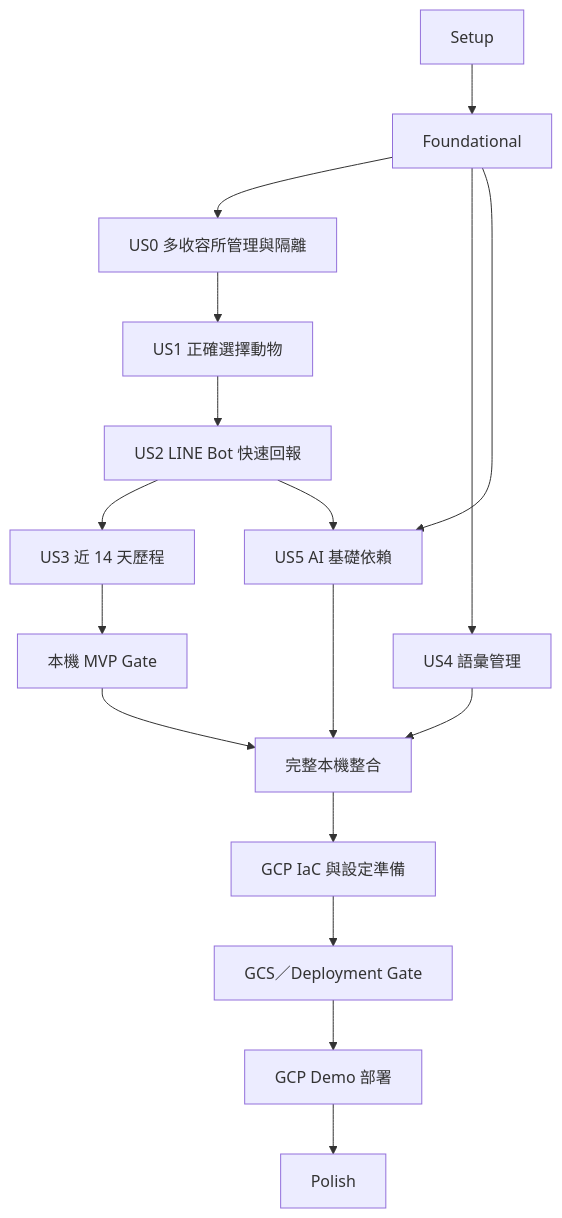
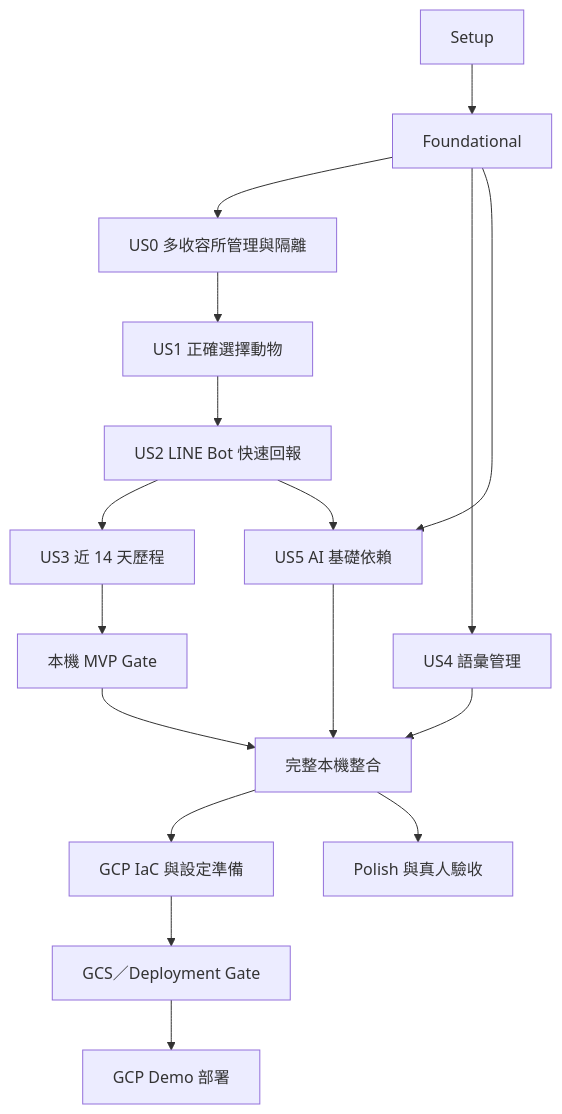
One commit to GAE-263/StrayHub changed the diagram in specs/001-volunteer-care-report/tasks.md. Above: the diagram before and after it, drawn with Mermaid. The commit also changed other lines of this file and 8 other files, not shown here.

````diff
--- a/specs/001-volunteer-care-report/tasks.md
+++ b/specs/001-volunteer-care-report/tasks.md
@@ -492,19 +510,19 @@
 ```mermaid
 graph TD
     S[Setup] --> F[Foundational]
     F --> U0[US0 多收容所管理與隔離]
     U0 --> U1[US1 正確選擇動物]
     U1 --> U2[US2 LINE Bot 快速回報]
     U2 --> U3[US3 近 14 天歷程]
     U3 --> MVP[本機 MVP Gate]
     F --> U4[US4 語彙管理]
     F --> U5[US5 AI 基礎依賴]
     U2 --> U5
     MVP --> L[完整本機整合]
     U4 --> L
     U5 --> L
     L --> GP[GCP IaC 與設定準備]
     GP --> GG[GCS／Deployment Gate]
     GG --> GD[GCP Demo 部署]
-    GD --> P[Polish]
+    L --> P[Polish 與真人驗收]
 ```
````
